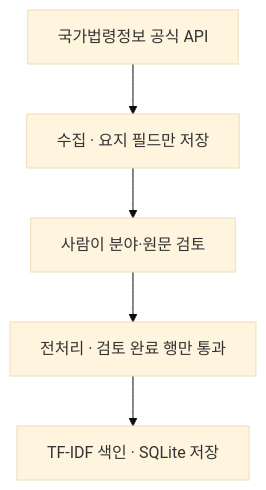
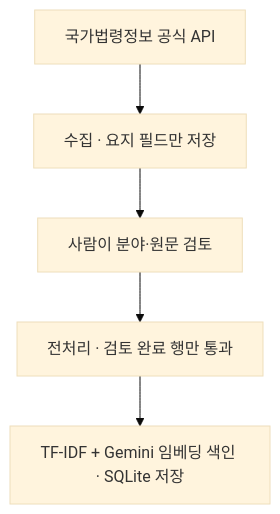
Before and after one commit to GMiiiN/AMP: the second of 2 diagrams in docs/ARCHITECTURE.md, drawn with Mermaid (base theme). The commit also changed other lines of this file and 28 other files, not shown here.

````diff
--- a/docs/ARCHITECTURE.md
+++ b/docs/ARCHITECTURE.md
@@ -17,7 +18,7 @@
 ```mermaid
 flowchart TD
   Official["국가법령정보 공식 API"] --> Collect["수집 · 요지 필드만 저장"]
   Collect --> Review["사람이 분야·원문 검토"]
   Review --> Clean["전처리 · 검토 완료 행만 통과"]
-  Clean --> Index["TF-IDF 색인 · SQLite 저장"]
+  Clean --> Index["TF-IDF + Gemini 임베딩 색인 · SQLite 저장"]
 ```
````
